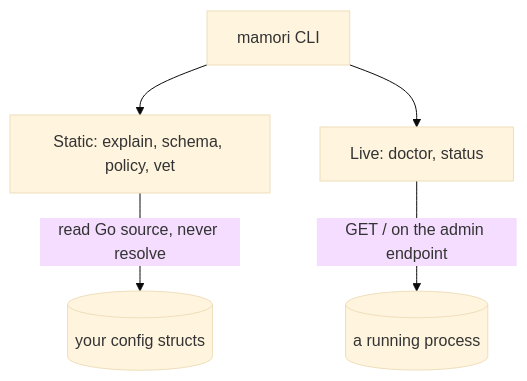
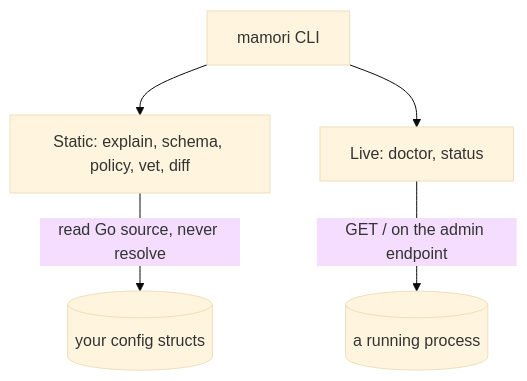
Before and after one commit to xavidop/mamori: the diagram in site/src/pages/docs/cli/index.md, drawn with Mermaid (base theme). The commit also changed other lines of this file and 6 other files, not shown here.

Commit message:
docs: mamori diff command and explain --json stability promise

````diff
--- a/site/src/pages/docs/cli/index.md
+++ b/site/src/pages/docs/cli/index.md
@@ -13,8 +13,8 @@
 ```mermaid
 flowchart TD
   CLI[mamori CLI]
-  CLI --> S["Static: explain, schema, policy, vet"]
+  CLI --> S["Static: explain, schema, policy, vet, diff"]
   CLI --> L["Live: doctor, status"]
   S -->|"read Go source, never resolve"| Src[("your config structs")]
   L -->|"GET / on the admin endpoint"| Proc[("a running process")]
 ```
````
